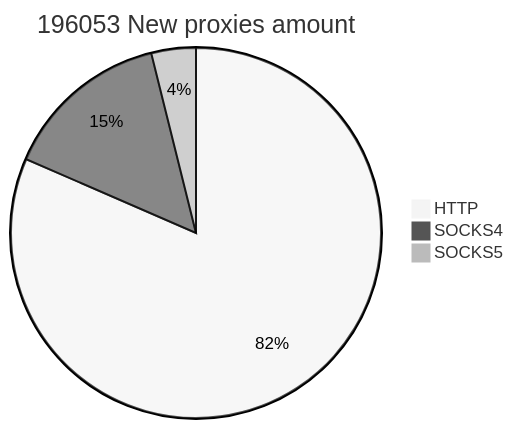
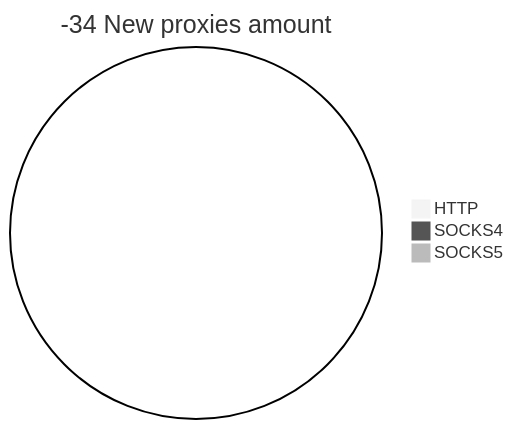
Before and after one commit to cutipu/proxylist: the second of 2 diagrams in README.md, drawn with Mermaid (neutral theme). The commit also changed other lines of this file, not shown here.

````diff
--- a/README.md
+++ b/README.md
@@ -10,6 +10,6 @@
 ```mermaid
-pie title 196053 New proxies amount
-    "HTTP" : 159834
-    "SOCKS4" : 28605
-    "SOCKS5" : 7614
+pie title -34 New proxies amount
+    "HTTP" : 0
+    "SOCKS4" : 0
+    "SOCKS5" : 0
 ```
````
